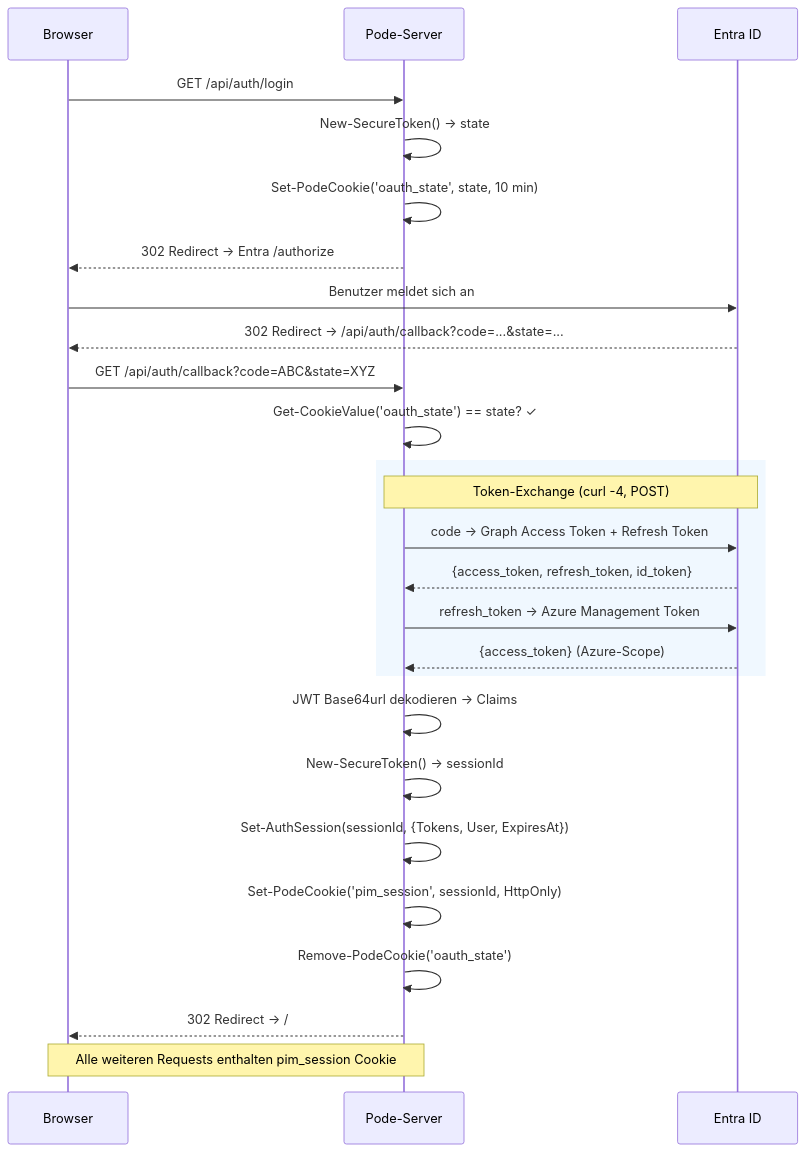
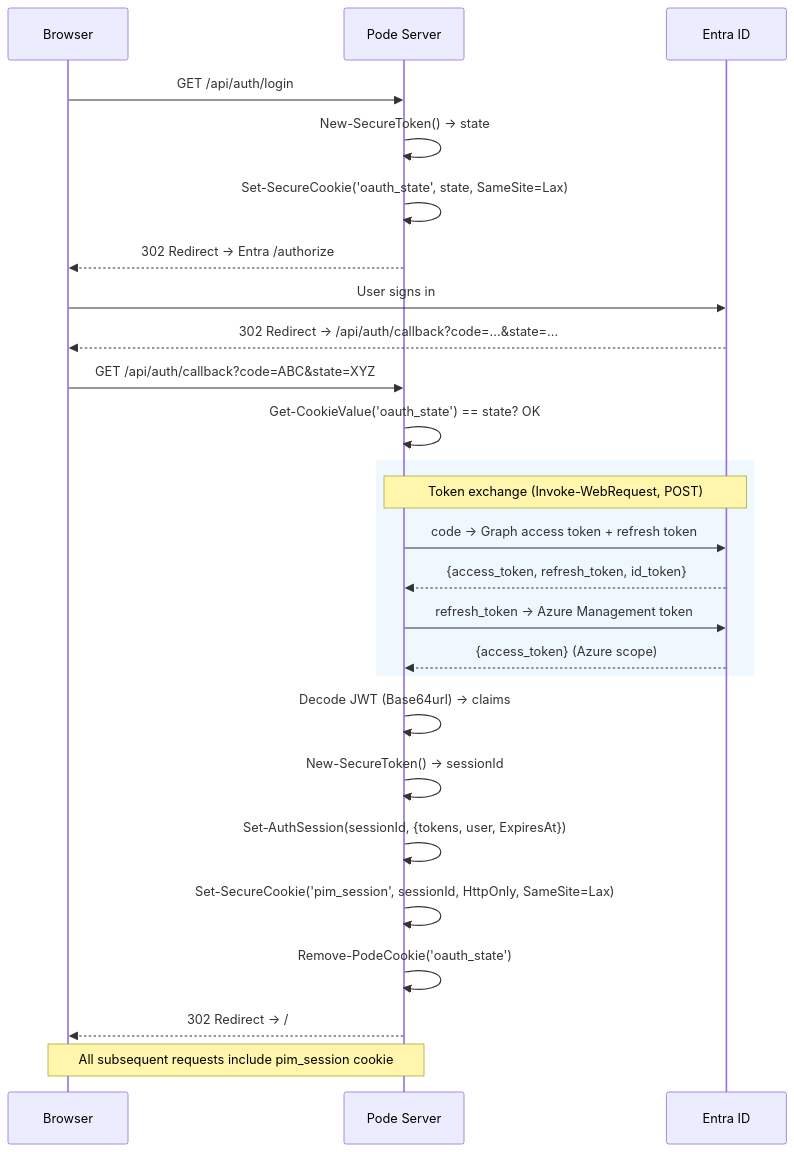
Before and after one commit to l-gosling/PIMActivation-Web: the fourth of 5 diagrams in architecture.md, drawn with Mermaid. The commit also changed other lines of this file and 4 other files, not shown here.

Commit message:
Translate Pode onboarding documentation from German to English, update code examples, and enhance clarity throughout the document.

````diff
--- a/architecture.md
+++ b/architecture.md
@@ -216,34 +198,34 @@
 ```mermaid
 sequenceDiagram
     participant B as Browser
-    participant P as Pode-Server
+    participant P as Pode Server
     participant E as Entra ID
 
     B->>P: GET /api/auth/login
-    P->>P: New-SecureToken() → state
-    P->>P: Set-PodeCookie('oauth_state', state, 10 min)
-    P-->>B: 302 Redirect → Entra /authorize
+    P->>P: New-SecureToken() -> state
+    P->>P: Set-SecureCookie('oauth_state', state, SameSite=Lax)
+    P-->>B: 302 Redirect -> Entra /authorize
 
-    B->>E: Benutzer meldet sich an
-    E-->>B: 302 Redirect → /api/auth/callback?code=...&state=...
+    B->>E: User signs in
+    E-->>B: 302 Redirect -> /api/auth/callback?code=...&state=...
 
     B->>P: GET /api/auth/callback?code=ABC&state=XYZ
-    P->>P: Get-CookieValue('oauth_state') == state? ✓
+    P->>P: Get-CookieValue('oauth_state') == state? OK
 
     rect rgb(240, 248, 255)
-        Note over P,E: Token-Exchange (curl -4, POST)
-        P->>E: code → Graph Access Token + Refresh Token
+        Note over P,E: Token exchange (Invoke-WebRequest, POST)
+        P->>E: code -> Graph access token + refresh token
         E-->>P: {access_token, refresh_token, id_token}
-        P->>E: refresh_token → Azure Management Token
-        E-->>P: {access_token} (Azure-Scope)
+        P->>E: refresh_token -> Azure Management token
+        E-->>P: {access_token} (Azure scope)
     end
 
-    P->>P: JWT Base64url dekodieren → Claims
-    P->>P: New-SecureToken() → sessionId
-    P->>P: Set-AuthSession(sessionId, {Tokens, User, ExpiresAt})
-    P->>P: Set-PodeCookie('pim_session', sessionId, HttpOnly)
+    P->>P: Decode JWT (Base64url) -> claims
+    P->>P: New-SecureToken() -> sessionId
+    P->>P: Set-AuthSession(sessionId, {tokens, user, ExpiresAt})
+    P->>P: Set-SecureCookie('pim_session', sessionId, HttpOnly, SameSite=Lax)
     P->>P: Remove-PodeCookie('oauth_state')
-    P-->>B: 302 Redirect → /
+    P-->>B: 302 Redirect -> /
 
-    Note over B,P: Alle weiteren Requests enthalten pim_session Cookie
+    Note over B,P: All subsequent requests include pim_session cookie
 ```
````
